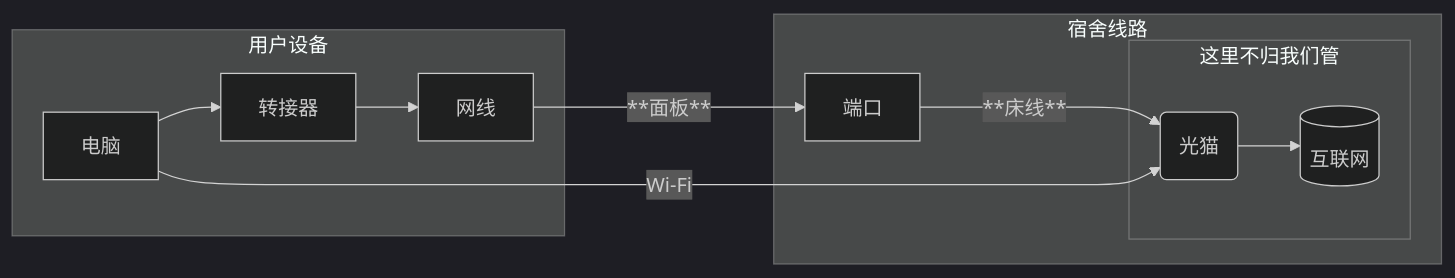
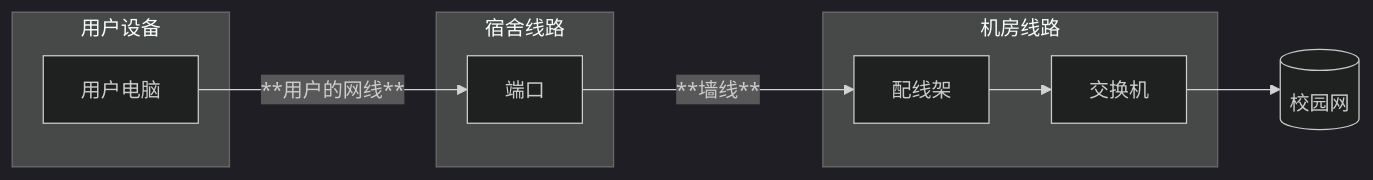
One commit to ZSCNetSupportDept/website changed the third of 4 diagrams in docs/wiki/05-基础知识/01-学校的网络结构.md. Above: the diagram before and after it, drawn with Mermaid (dark theme). The commit also changed other lines of this file and 6 other files, not shown here.

````diff
--- a/docs/wiki/05-基础知识/01-学校的网络结构.md
+++ b/docs/wiki/05-基础知识/01-学校的网络结构.md
@@ -59,16 +95,18 @@
-```mermaid
+```mermaid 宿舍网络结构
 
 graph LR
     subgraph 用户设备
-    电脑-->转接器-->网线
+    用户电脑
     end
+    
     subgraph  宿舍线路 
-    网线--**面板**--->端口
-    端口--**床线**--->gm(光猫)
-    subgraph 这里不归我们管
-    gm-->hlw[(互联网)]
+    用户电脑--**用户的网线**-->端口
     end
-    end 
-    电脑--Wi-Fi-->gm
+    
+    subgraph 机房线路
+    端口--**墙线**--->配线架-->交换机
+    end
+    
+    交换机-->yys[(校园网)]
 
 ```
````
